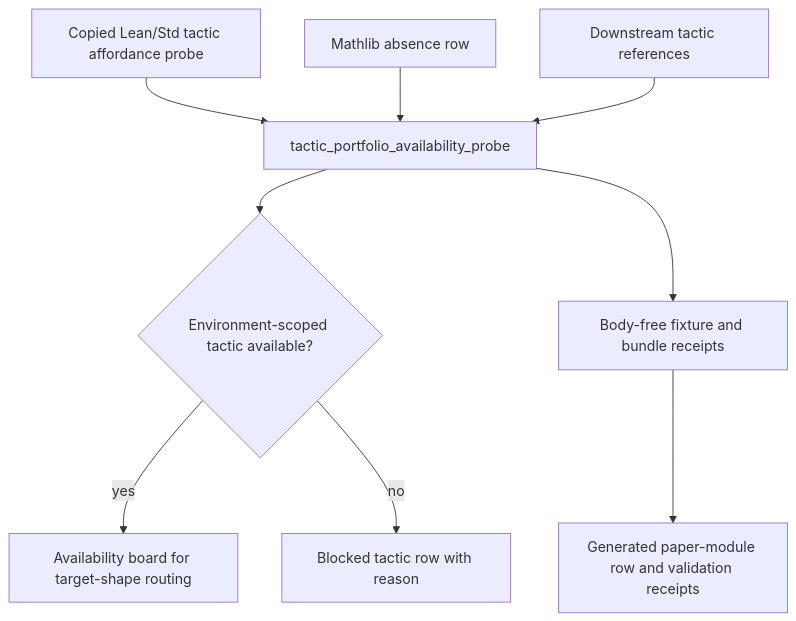
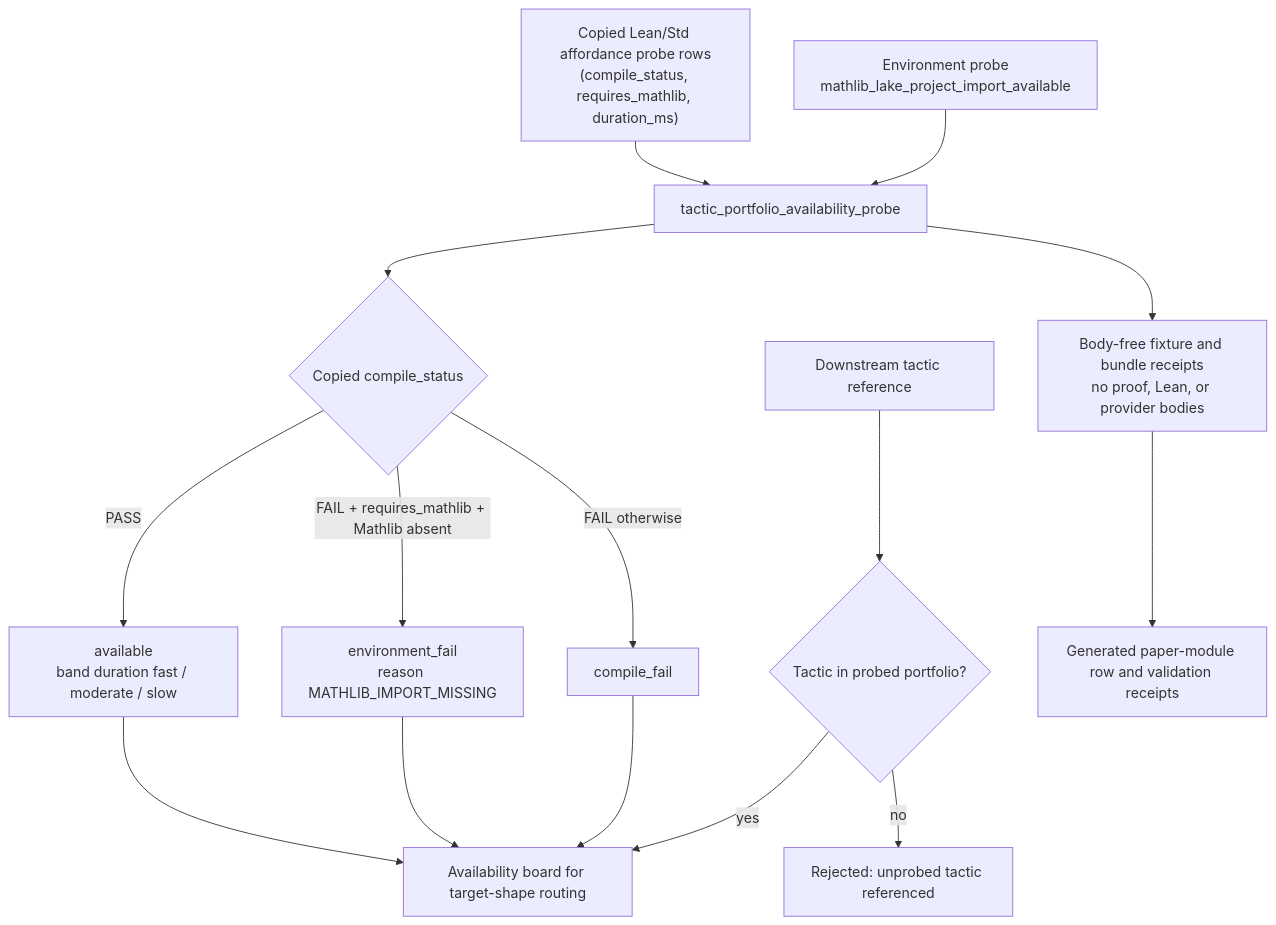
One commit to wcook04/plectis changed the diagram in paper_modules/tactic_portfolio_availability.md. Above: the diagram before and after it, drawn with Mermaid. The commit also changed other lines of this file and 2 other files, not shown here.

Commit message:
Microcosm ratchet tighten tactic boundary projection

````diff
--- a/paper_modules/tactic_portfolio_availability.md
+++ b/paper_modules/tactic_portfolio_availability.md
@@ -64,11 +93,17 @@
 ```mermaid
 flowchart TD
-    A["Copied Lean/Std tactic affordance probe"] --> B["tactic_portfolio_availability_probe"]
-    C["Mathlib absence row"] --> B
-    D["Downstream tactic references"] --> B
-    B --> E{"Environment-scoped tactic available?"}
-    E -->|yes| F["Availability board for target-shape routing"]
-    E -->|no| G["Blocked tactic row with reason"]
-    B --> H["Body-free fixture and bundle receipts"]
-    H --> I["Generated paper-module row and validation receipts"]
+    A["Copied Lean/Std affordance probe rows\n(compile_status, requires_mathlib, duration_ms)"] --> B["tactic_portfolio_availability_probe"]
+    C["Environment probe\nmathlib_lake_project_import_available"] --> B
+    B --> D{"Copied compile_status"}
+    D -->|PASS| E["available\nband duration fast / moderate / slow"]
+    D -->|FAIL + requires_mathlib + Mathlib absent| F["environment_fail\nreason MATHLIB_IMPORT_MISSING"]
+    D -->|FAIL otherwise| G["compile_fail"]
+    E --> H["Availability board for target-shape routing"]
+    F --> H
+    G --> H
+    I["Downstream tactic reference"] --> J{"Tactic in probed portfolio?"}
+    J -->|no| K["Rejected: unprobed tactic referenced"]
+    J -->|yes| H
+    B --> L["Body-free fixture and bundle receipts\nno proof, Lean, or provider bodies"]
+    L --> M["Generated paper-module row and validation receipts"]
 ```
````
